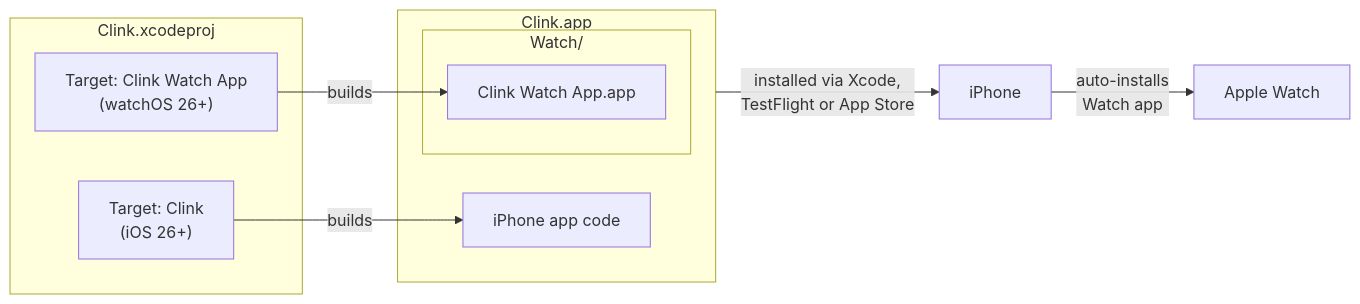
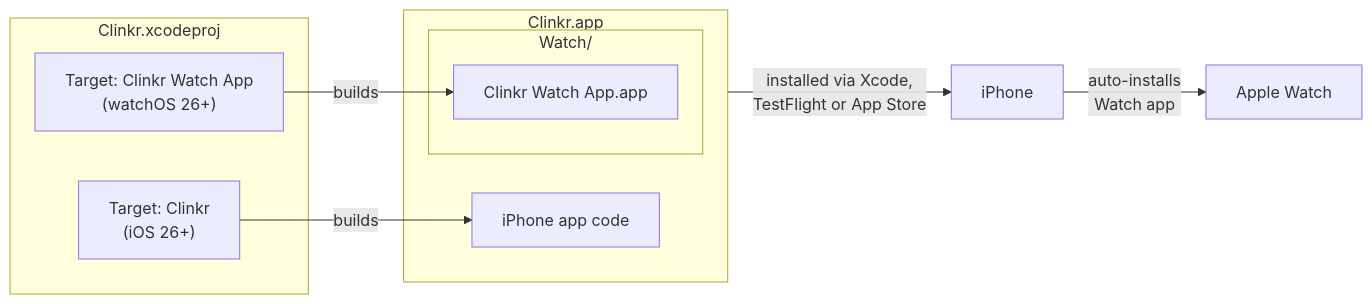
Before and after one commit to pablocolaiacovo/clink: the first of 3 diagrams in docs/ARCHITECTURE.md, drawn with Mermaid. The commit also changed other lines of this file and 25 other files, not shown here.

First line of the commit message:
Rename the app from Clink to Clinkr (#45)

````diff
--- a/docs/ARCHITECTURE.md
+++ b/docs/ARCHITECTURE.md
@@ -9,20 +9,20 @@
 ```mermaid
 flowchart LR
-    subgraph xcode["Clink.xcodeproj"]
-        t1["Target: Clink<br/>(iOS 26+)"]
-        t2["Target: Clink Watch App<br/>(watchOS 26+)"]
+    subgraph xcode["Clinkr.xcodeproj"]
+        t1["Target: Clinkr<br/>(iOS 26+)"]
+        t2["Target: Clinkr Watch App<br/>(watchOS 26+)"]
     end
 
-    subgraph bundle["Clink.app"]
+    subgraph bundle["Clinkr.app"]
         phoneBin["iPhone app code"]
         subgraph watchFolder["Watch/"]
-            watchBin["Clink Watch App.app"]
+            watchBin["Clinkr Watch App.app"]
         end
     end
 
     t1 -- builds --> phoneBin
     t2 -- builds --> watchBin
 
     bundle -- "installed via Xcode,<br/>TestFlight or App Store" --> iphone["iPhone"]
     iphone -- "auto-installs<br/>Watch app" --> watch["Apple Watch"]
 ```
````
